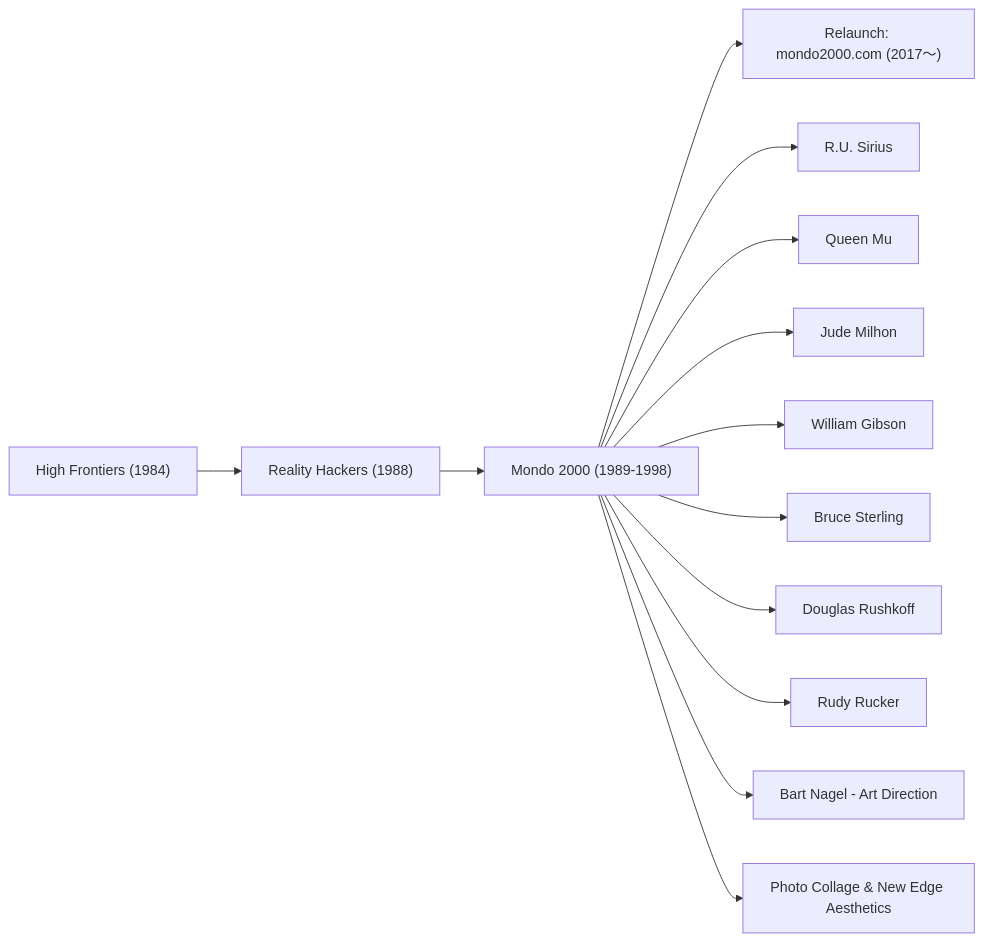
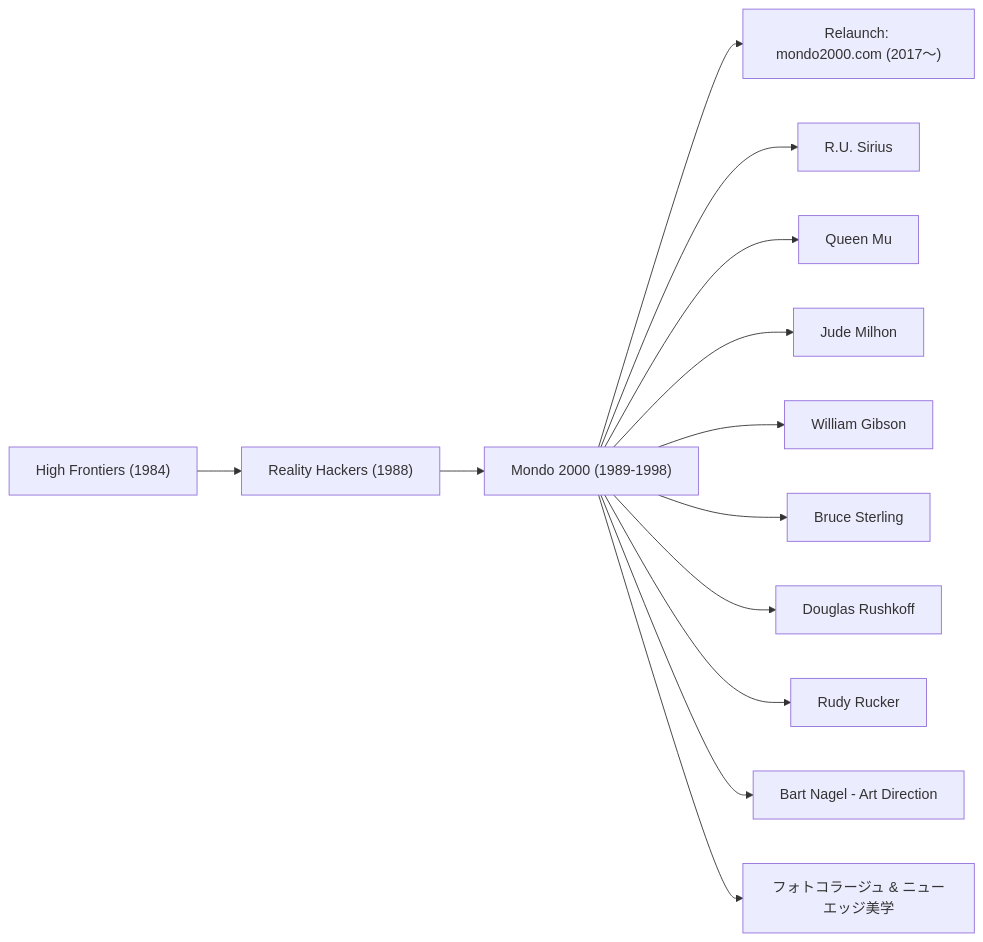
Before and after one commit to monumental-movement/monumental-movement.github.io: the diagram in en/_posts/2025-10-02-Column-Mondo-2000.md, drawn with Mermaid. The commit also changed other lines of this file and 2196 other files, not shown here.

```diff
--- a/en/_posts/2025-10-02-Column-Mondo-2000.md
+++ b/en/_posts/2025-10-02-Column-Mondo-2000.md
@@ -45,20 +45,20 @@
 <div class="mermaid">
 
 flowchart LR
   A["High Frontiers (1984)"] --> B["Reality Hackers (1988)"]
   B --> C["Mondo 2000 (1989-1998)"]
   C --> D["Relaunch: mondo2000.com (2017〜)"]
 
   C --> E["R.U. Sirius"]
   C --> F["Queen Mu"]
   C --> G["Jude Milhon"]
 
   C --> H["William Gibson"]
   C --> I["Bruce Sterling"]
   C --> J["Douglas Rushkoff"]
   C --> K["Rudy Rucker"]
 
   C --> L["Bart Nagel - Art Direction"]
-  C --> M["Photo Collage & New Edge Aesthetics"]
+  C --> M["フォトコラージュ & ニューエッジ美学"]
   
 </div>
```
